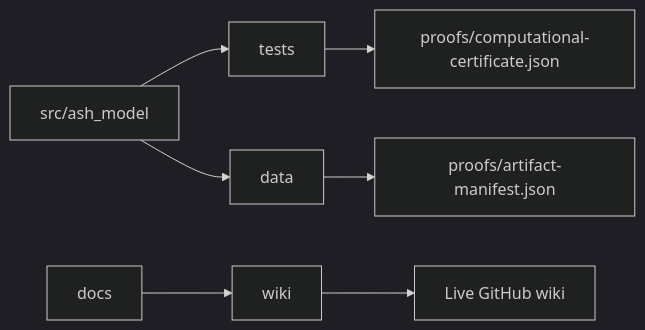
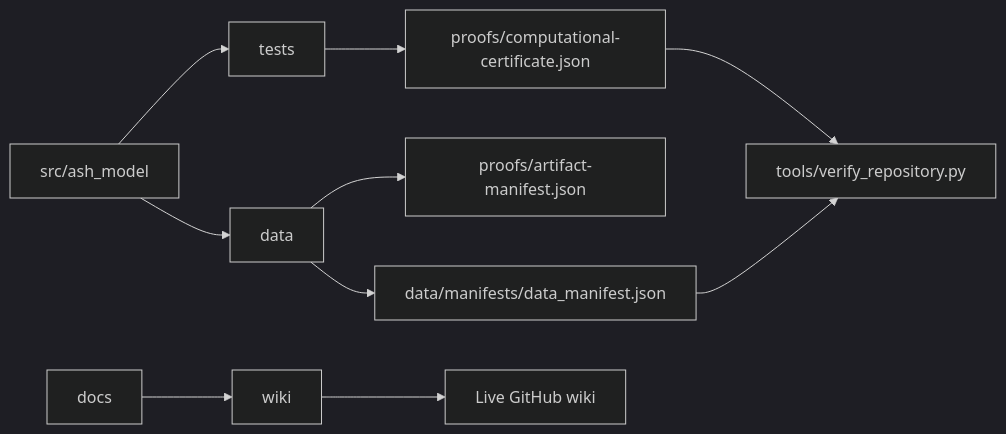
Before and after one commit to flynn33/ASH-Model: the diagram in wiki/Repository-Structure.md, drawn with Mermaid (dark theme). The commit also changed other lines of this file and 15 other files, not shown here.

````diff
--- a/wiki/Repository-Structure.md
+++ b/wiki/Repository-Structure.md
@@ -23,9 +23,12 @@
 ```mermaid
 flowchart LR
     SRC["src/ash_model"] --> TESTS["tests"]
     SRC --> DATA["data"]
     DATA --> ART["proofs/artifact-manifest.json"]
+    DATA --> MAN["data/manifests/data_manifest.json"]
     TESTS --> CERT["proofs/computational-certificate.json"]
+    CERT --> VERIFY["tools/verify_repository.py"]
+    MAN --> VERIFY
     WIKI["wiki"] --> PUB["Live GitHub wiki"]
     DOCS["docs"] --> WIKI
 ```
````
